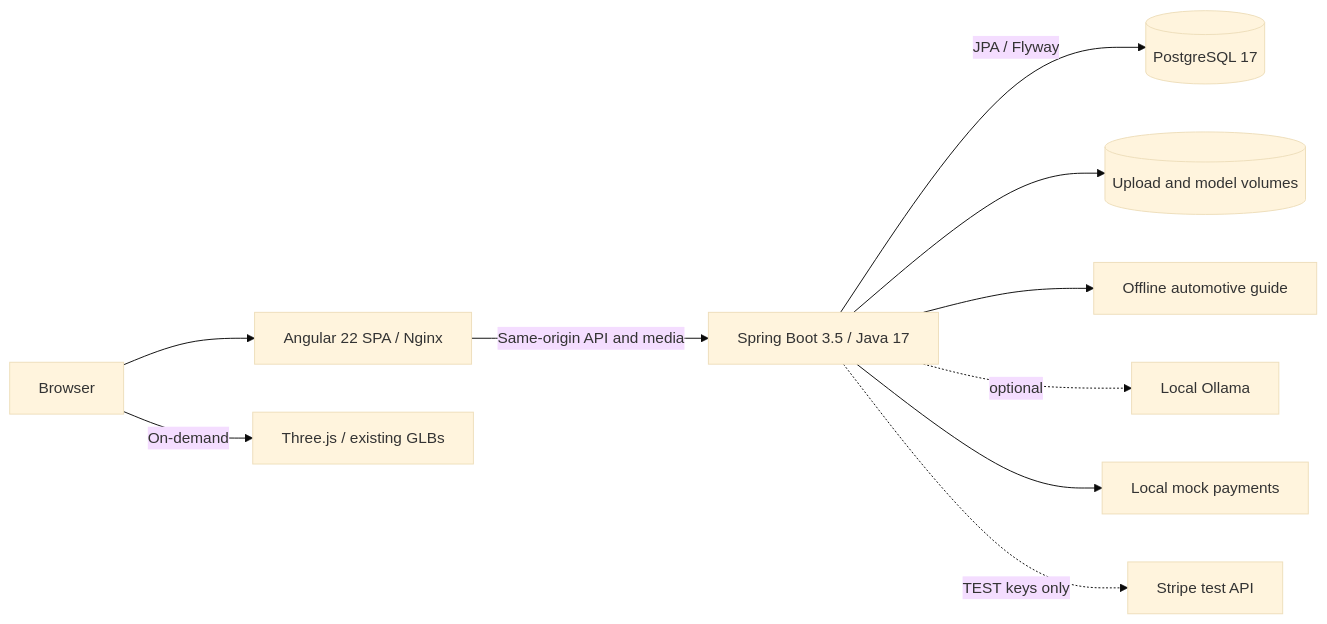
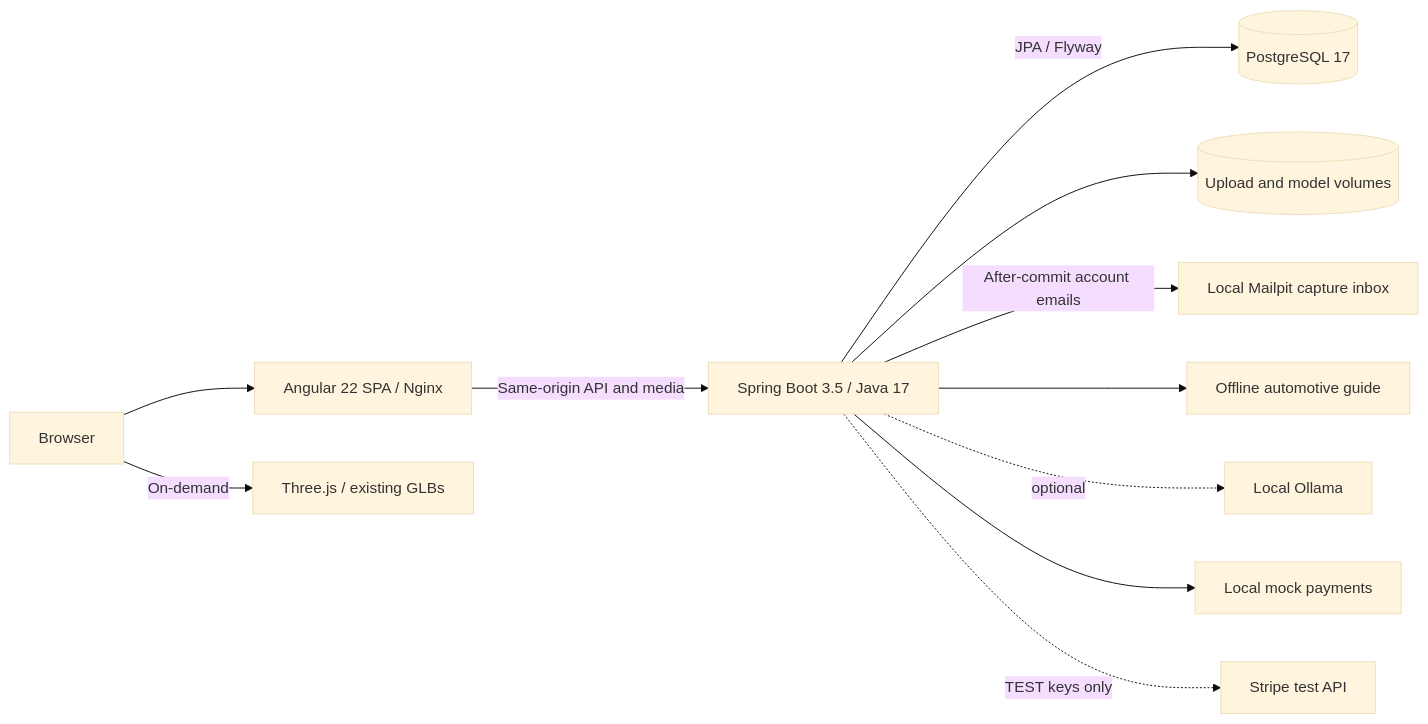
Before and after one commit to Islem-rb/carnova: the diagram in README.md, drawn with Mermaid (base theme). The commit also changed other lines of this file and 53 other files, not shown here.

````diff
--- a/README.md
+++ b/README.md
@@ -49,12 +56,13 @@
 ```mermaid
 flowchart LR
     B[Browser] --> N[Angular 22 SPA / Nginx]
     N -->|Same-origin API and media| A[Spring Boot 3.5 / Java 17]
     A -->|JPA / Flyway| P[(PostgreSQL 17)]
     A --> U[(Upload and model volumes)]
+    A -->|After-commit account emails| E[Local Mailpit capture inbox]
     A --> G[Offline automotive guide]
     A -. optional .-> O[Local Ollama]
     A --> M[Local mock payments]
     A -. TEST keys only .-> S[Stripe test API]
     B -->|On-demand| T[Three.js / existing GLBs]
 ```
````
